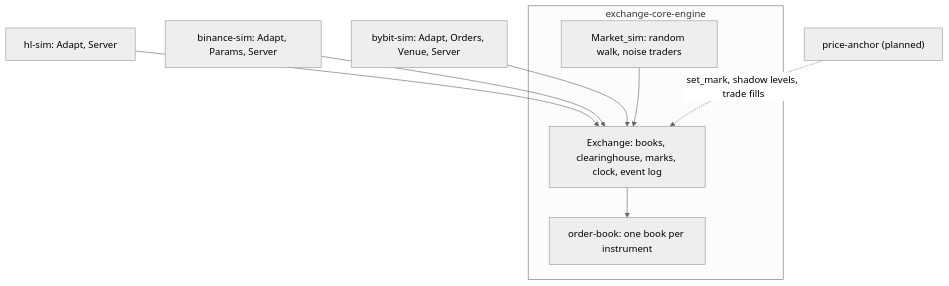
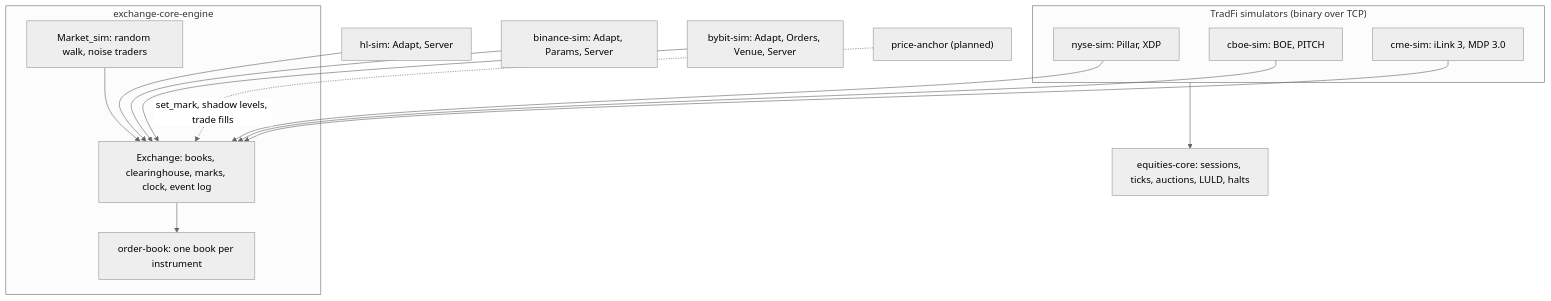
Before and after one commit to winterchill-trading/specs: the diagram in design/simulators.md, drawn with Mermaid (neutral theme). The commit also changed other lines of this file, not shown here.

Commit message:
docs: TradFi simulators and their fidelity in the simulators design

````diff
--- a/design/simulators.md
+++ b/design/simulators.md
@@ -10,18 +12,28 @@
 ```mermaid
 graph TB
   subgraph engine_pkg["exchange-core-engine"]
     exchange["Exchange: books, clearinghouse, marks, clock, event log"]
     market_sim["Market_sim: random walk, noise traders"]
     order_book["order-book: one book per instrument"]
   end
   hl_sim["hl-sim: Adapt, Server"]
   bn_sim["binance-sim: Adapt, Params, Server"]
   by_sim["bybit-sim: Adapt, Orders, Venue, Server"]
+  subgraph tradfi["TradFi simulators (binary over TCP)"]
+    nyse_sim["nyse-sim: Pillar, XDP"]
+    cboe_sim["cboe-sim: BOE, PITCH"]
+    cme_sim["cme-sim: iLink 3, MDP 3.0"]
+  end
+  equities_core["equities-core: sessions, ticks, auctions, LULD, halts"]
   anchor["price-anchor (planned)"]
   hl_sim --> exchange
   bn_sim --> exchange
   by_sim --> exchange
+  nyse_sim --> exchange
+  cboe_sim --> exchange
+  cme_sim --> exchange
+  tradfi --> equities_core
   market_sim --> exchange
   exchange --> order_book
   anchor -.->|set_mark, shadow levels, trade fills| exchange
 ```
````
